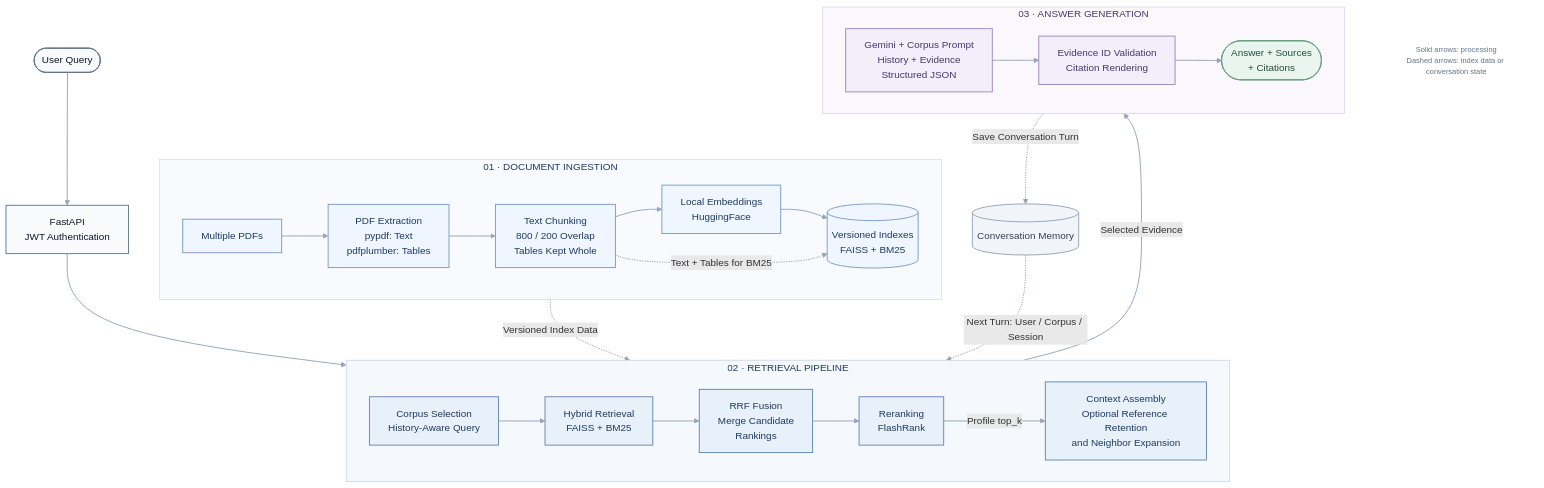
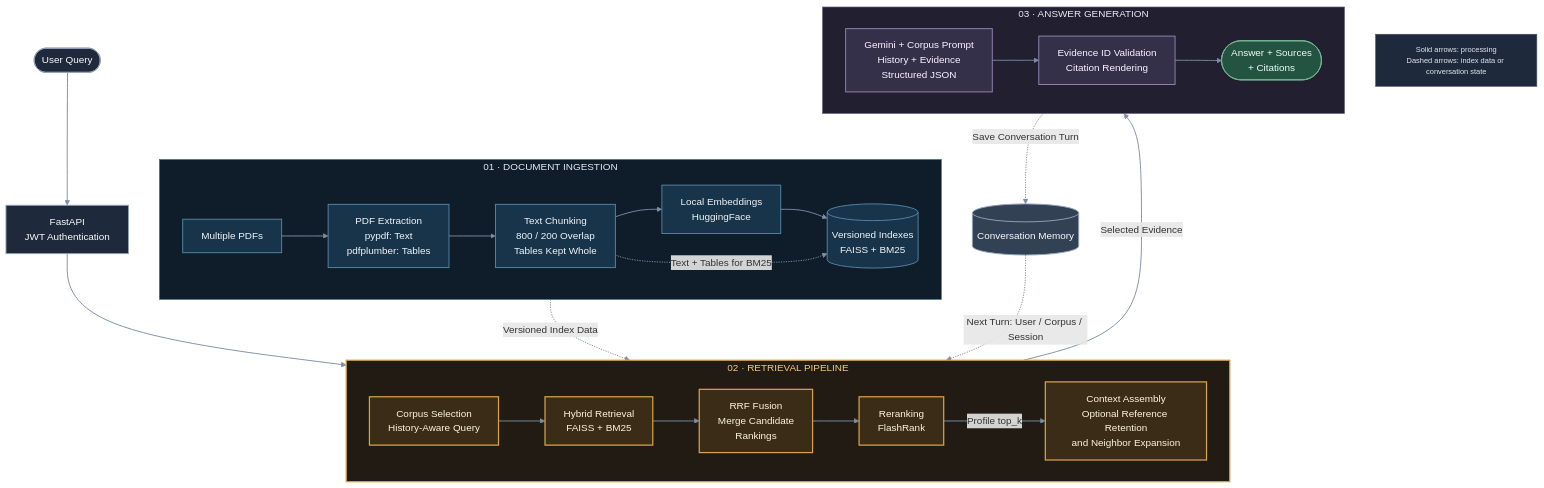
The diagram in Readme.md (bernytech25/rag-agent), drawn with Mermaid before and after one commit.

Commit message:
docs: refine README diagram colors and highlight retrieval

````diff
--- a/Readme.md
+++ b/Readme.md
@@ -58,68 +58,68 @@
 ```mermaid
 flowchart TB
     A(["User Query"])
     API["FastAPI<br/>JWT Authentication"]
 
     subgraph INGESTION["01 · DOCUMENT INGESTION"]
         direction LR
         F["Multiple PDFs"]
         G["PDF Extraction<br/>pypdf: Text<br/>pdfplumber: Tables"]
         H["Text Chunking<br/>800 / 200 Overlap<br/>Tables Kept Whole"]
         W["Local Embeddings<br/>HuggingFace"]
         I[("Versioned Indexes<br/>FAISS + BM25")]
 
         F --> G --> H --> W --> I
         H -. "Text + Tables for BM25" .-> I
     end
 
     subgraph RETRIEVAL["02 · RETRIEVAL PIPELINE"]
         direction LR
         S["Corpus Selection<br/>History-Aware Query"]
         B["Hybrid Retrieval<br/>FAISS + BM25"]
         R["RRF Fusion<br/>Merge Candidate<br/>Rankings"]
         C["Reranking<br/>FlashRank"]
         K["Context Assembly<br/>Optional Reference Retention<br/>and Neighbor Expansion"]
 
         S --> B --> R --> C
         C -->|"Profile top_k"| K
     end
 
     subgraph GENERATION["03 · ANSWER GENERATION"]
         direction LR
         D["Gemini + Corpus Prompt<br/>History + Evidence<br/>Structured JSON"]
         V["Evidence ID Validation<br/>Citation Rendering"]
         E(["Answer + Sources<br/>+ Citations"])
 
         D --> V --> E
     end
 
     M[("Conversation Memory")]
     L["Solid arrows: processing<br/>Dashed arrows: index data or conversation state"]
 
     A --> API --> RETRIEVAL
     INGESTION -. "Versioned Index Data" .-> RETRIEVAL
     RETRIEVAL -->|"Selected Evidence"| GENERATION
     GENERATION -. "Save Conversation Turn" .-> M
     M -. "Next Turn: User / Corpus / Session" .-> RETRIEVAL
 
-    classDef entry fill:#F8FAFC,stroke:#64748B,stroke-width:1.5px,color:#0F172A;
-    classDef data fill:#EFF6FF,stroke:#7C9BC4,stroke-width:1.5px,color:#1E3A5F;
-    classDef retrieval fill:#E8F0FA,stroke:#6487B1,stroke-width:1.5px,color:#1E3A5F;
-    classDef generation fill:#F2EEFA,stroke:#9B88BB,stroke-width:1.5px,color:#493669;
-    classDef output fill:#E9F5EE,stroke:#6B9F81,stroke-width:1.5px,color:#214E36;
-    classDef memory fill:#F1F5F9,stroke:#94A3B8,stroke-width:1.5px,color:#334155;
-    classDef legend fill:none,stroke:none,color:#64748B,font-size:12px;
+    classDef entry fill:#1E293B,stroke:#94A3B8,stroke-width:1.5px,color:#F8FAFC;
+    classDef data fill:#17344A,stroke:#5487A6,stroke-width:1.5px,color:#F1F5F9;
+    classDef retrieval fill:#3B2C18,stroke:#D5A34C,stroke-width:2px,color:#FFF4DB;
+    classDef generation fill:#34304A,stroke:#9586B2,stroke-width:1.5px,color:#FAF5FF;
+    classDef output fill:#225441,stroke:#76B394,stroke-width:1.5px,color:#F0FDF4;
+    classDef memory fill:#334155,stroke:#94A3B8,stroke-width:1.5px,color:#F8FAFC;
+    classDef legend fill:#1E293B,stroke:#475569,color:#E2E8F0,font-size:12px;
 
     class A,API entry;
     class F,G,H,W,I data;
     class S,B,R,C,K retrieval;
     class D,V generation;
     class E output;
     class M memory;
     class L legend;
 
-    style INGESTION fill:#F8FAFD,stroke:#CBD8E8,stroke-width:1px,color:#1E3A5F
-    style RETRIEVAL fill:#F5F8FC,stroke:#BBCDE2,stroke-width:1px,color:#1E3A5F
-    style GENERATION fill:#FAF8FD,stroke:#D4CBE4,stroke-width:1px,color:#493669
-    linkStyle default stroke:#94A3B8,stroke-width:1.5px
+    style INGESTION fill:#0F1D2B,stroke:#466A85,stroke-width:1px,color:#E2E8F0
+    style RETRIEVAL fill:#211B13,stroke:#D5A34C,stroke-width:2px,color:#F4CB7D
+    style GENERATION fill:#211F30,stroke:#75698C,stroke-width:1px,color:#EDE9F3
+    linkStyle default stroke:#7C8FA3,stroke-width:1.5px
 ```
````
